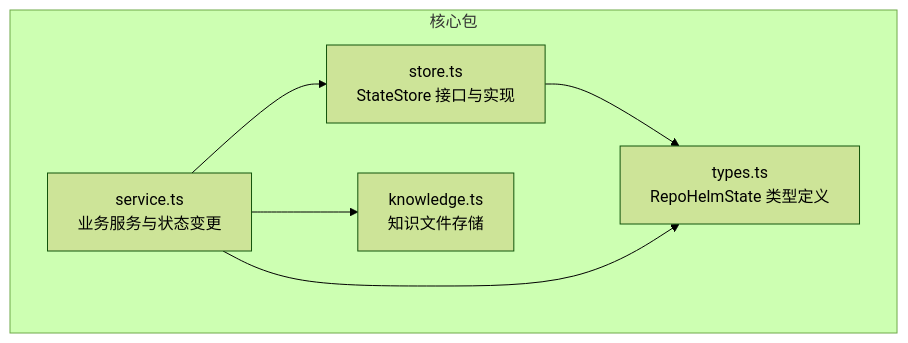
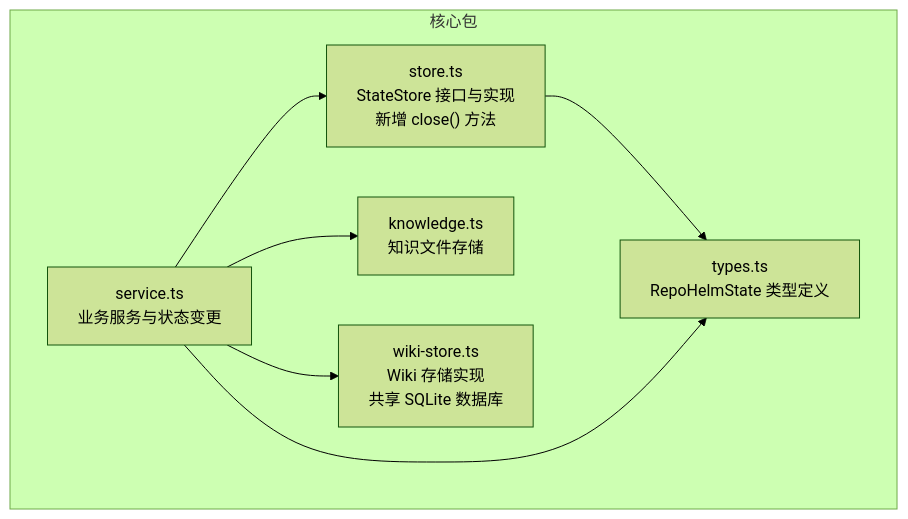
The first of 6 diagrams in .qoder/repowiki/zh/content/数据模型和类型系统/状态存储模型.md (coconilu/RepoHelm), drawn with Mermaid (forest theme) before and after one commit. The commit also changed other lines of this file and 3 other files, not shown here.

First line of the commit message:
Docs: add Sqlite close(), WikiStore & graceful shutdown

````diff
--- a/.qoder/repowiki/zh/content/数据模型和类型系统/状态存储模型.md
+++ b/.qoder/repowiki/zh/content/数据模型和类型系统/状态存储模型.md
@@ -35,13 +46,15 @@
 ```mermaid
 graph TB
 subgraph "核心包"
-Store["store.ts<br/>StateStore 接口与实现"]
+Store["store.ts<br/>StateStore 接口与实现<br/>新增 close() 方法"]
 Types["types.ts<br/>RepoHelmState 类型定义"]
 Service["service.ts<br/>业务服务与状态变更"]
 Knowledge["knowledge.ts<br/>知识文件存储"]
+WikiStore["wiki-store.ts<br/>Wiki 存储实现<br/>共享 SQLite 数据库"]
 end
 Store --> Types
 Service --> Store
 Service --> Types
 Service --> Knowledge
+Service --> WikiStore
 ```
````
